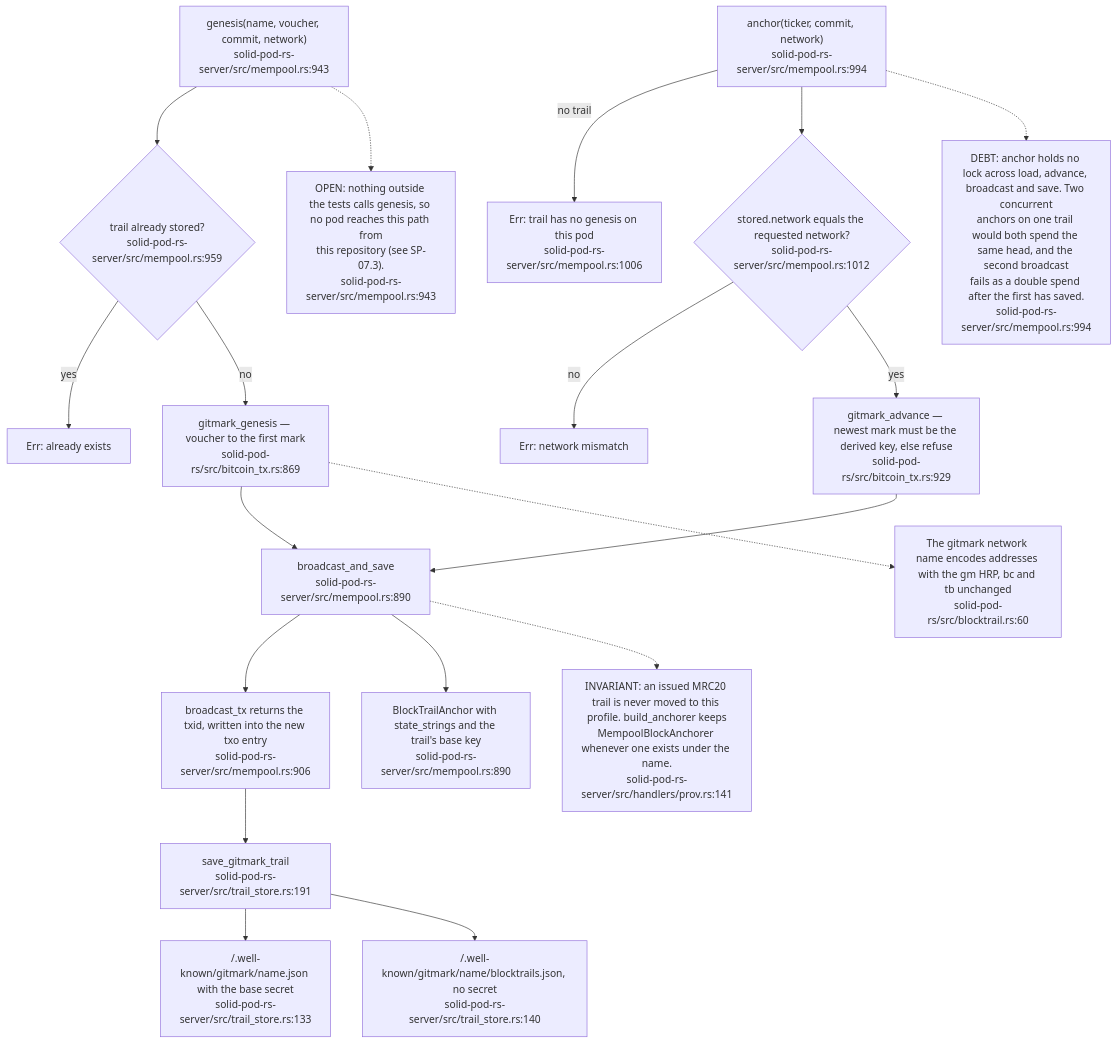
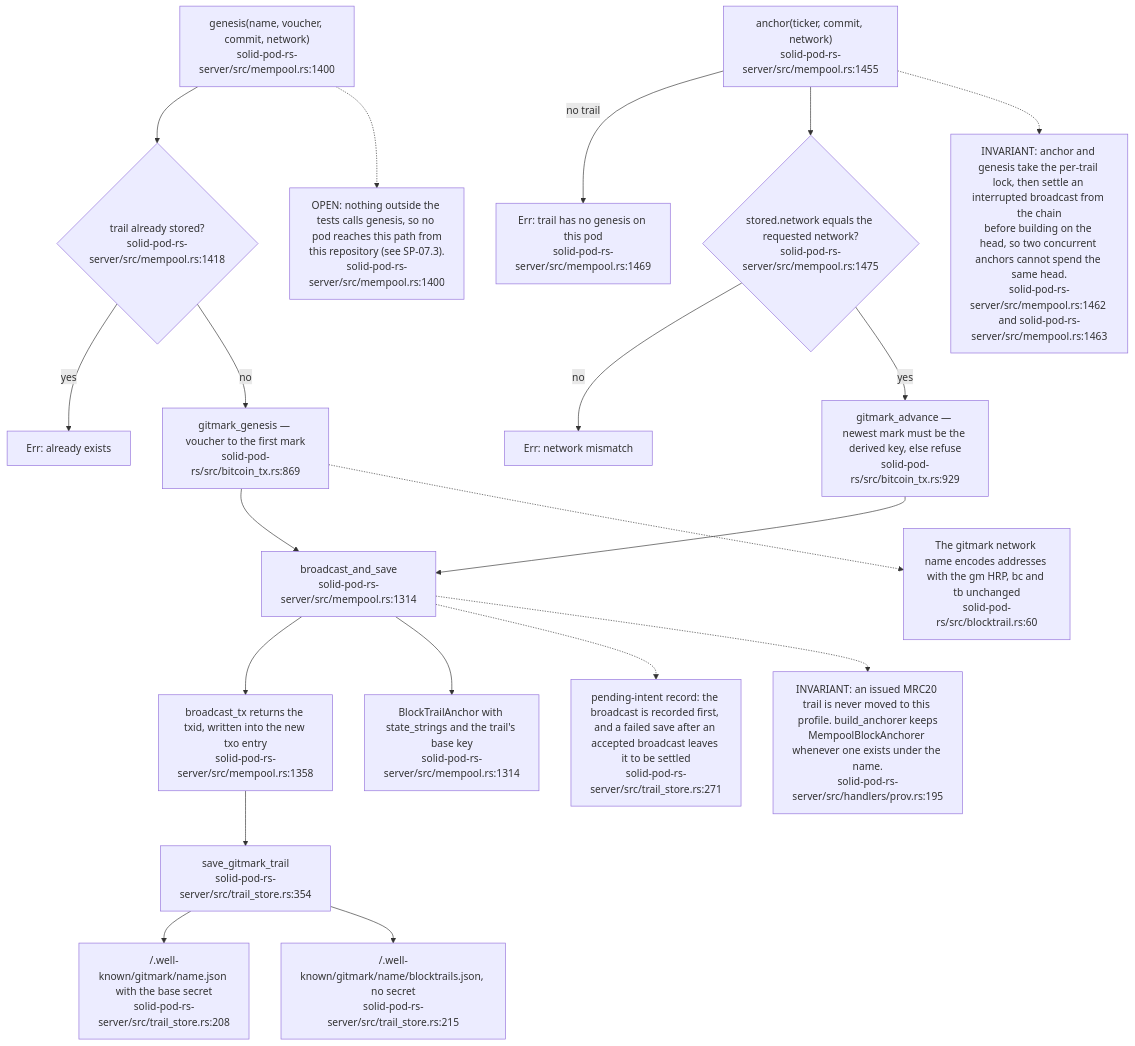
One commit to DreamLab-AI/VisionFlow changed diagram 19 of 19 in docs/diagrams/solid-pod-rs/07-provenance-and-payments.md. Above: the diagram before and after it, drawn with Mermaid. The commit also changed other lines of this file and 160 other files, not shown here.

````diff
--- a/docs/diagrams/solid-pod-rs/07-provenance-and-payments.md
+++ b/docs/diagrams/solid-pod-rs/07-provenance-and-payments.md
@@ -592,37 +604,39 @@
 ```mermaid
 flowchart TB
-    GEN["genesis(name, voucher, commit, network)<br/>solid-pod-rs-server/src/mempool.rs:943"]
-    EXISTS{"trail already stored?<br/>solid-pod-rs-server/src/mempool.rs:959"}
+    GEN["genesis(name, voucher, commit, network)<br/>solid-pod-rs-server/src/mempool.rs:1400"]
+    EXISTS{"trail already stored?<br/>solid-pod-rs-server/src/mempool.rs:1418"}
     GG["gitmark_genesis — voucher to the first mark<br/>solid-pod-rs/src/bitcoin_tx.rs:869"]
-    ANC["anchor(ticker, commit, network)<br/>solid-pod-rs-server/src/mempool.rs:994"]
-    NOGEN["Err: trail has no genesis on this pod<br/>solid-pod-rs-server/src/mempool.rs:1006"]
-    NETC{"stored.network equals the requested network?<br/>solid-pod-rs-server/src/mempool.rs:1012"}
+    ANC["anchor(ticker, commit, network)<br/>solid-pod-rs-server/src/mempool.rs:1455"]
+    NOGEN["Err: trail has no genesis on this pod<br/>solid-pod-rs-server/src/mempool.rs:1469"]
+    NETC{"stored.network equals the requested network?<br/>solid-pod-rs-server/src/mempool.rs:1475"}
     GA["gitmark_advance — newest mark must be the derived key, else refuse<br/>solid-pod-rs/src/bitcoin_tx.rs:929"]
-    BAS["broadcast_and_save<br/>solid-pod-rs-server/src/mempool.rs:890"]
-    BC["broadcast_tx returns the txid, written into the new txo entry<br/>solid-pod-rs-server/src/mempool.rs:906"]
-    SAVE["save_gitmark_trail<br/>solid-pod-rs-server/src/trail_store.rs:191"]
-    P1["/.well-known/gitmark/name.json with the base secret<br/>solid-pod-rs-server/src/trail_store.rs:133"]
-    P2["/.well-known/gitmark/name/blocktrails.json, no secret<br/>solid-pod-rs-server/src/trail_store.rs:140"]
-    ANCHOR["BlockTrailAnchor with state_strings and the trail's base key<br/>solid-pod-rs-server/src/mempool.rs:890"]
+    BAS["broadcast_and_save<br/>solid-pod-rs-server/src/mempool.rs:1314"]
+    BC["broadcast_tx returns the txid, written into the new txo entry<br/>solid-pod-rs-server/src/mempool.rs:1358"]
+    SAVE["save_gitmark_trail<br/>solid-pod-rs-server/src/trail_store.rs:354"]
+    P1["/.well-known/gitmark/name.json with the base secret<br/>solid-pod-rs-server/src/trail_store.rs:208"]
+    P2["/.well-known/gitmark/name/blocktrails.json, no secret<br/>solid-pod-rs-server/src/trail_store.rs:215"]
+    ANCHOR["BlockTrailAnchor with state_strings and the trail's base key<br/>solid-pod-rs-server/src/mempool.rs:1314"]
 
     GEN --> EXISTS
     EXISTS -- yes --> ERR1["Err: already exists"]
     EXISTS -- no --> GG --> BAS
     ANC -- no trail --> NOGEN
     ANC --> NETC
     NETC -- no --> ERR2["Err: network mismatch"]
     NETC -- yes --> GA --> BAS
     BAS --> BC --> SAVE
     SAVE --> P1
     SAVE --> P2
     BAS --> ANCHOR
 
-    N["DEBT: anchor holds no lock across load, advance, broadcast and save. Two concurrent<br/>anchors on one trail would both spend the same head, and the second broadcast<br/>fails as a double spend after the first has saved.<br/>solid-pod-rs-server/src/mempool.rs:994"]
+    N["INVARIANT: anchor and genesis take the per-trail lock, then settle an interrupted broadcast from the chain<br/>before building on the head, so two concurrent anchors cannot spend the same head.<br/>solid-pod-rs-server/src/mempool.rs:1462 and solid-pod-rs-server/src/mempool.rs:1463"]
     ANC -.-> N
-    N2["OPEN: nothing outside the tests calls genesis, so no pod reaches this path from<br/>this repository (see SP-07.3).<br/>solid-pod-rs-server/src/mempool.rs:943"]
+    INT["pending-intent record: the broadcast is recorded first, and a failed save after an accepted broadcast leaves it to be settled<br/>solid-pod-rs-server/src/trail_store.rs:271"]
+    BAS -.-> INT
+    N2["OPEN: nothing outside the tests calls genesis, so no pod reaches this path from<br/>this repository (see SP-07.3).<br/>solid-pod-rs-server/src/mempool.rs:1400"]
     GEN -.-> N2
-    N3["INVARIANT: an issued MRC20 trail is never moved to this profile. build_anchorer keeps<br/>MempoolBlockAnchorer whenever one exists under the name.<br/>solid-pod-rs-server/src/handlers/prov.rs:141"]
+    N3["INVARIANT: an issued MRC20 trail is never moved to this profile. build_anchorer keeps<br/>MempoolBlockAnchorer whenever one exists under the name.<br/>solid-pod-rs-server/src/handlers/prov.rs:195"]
     BAS -.-> N3
     N4["The gitmark network name encodes addresses with the gm HRP, bc and tb unchanged<br/>solid-pod-rs/src/blocktrail.rs:60"]
     GG -.-> N4
 ```
````
